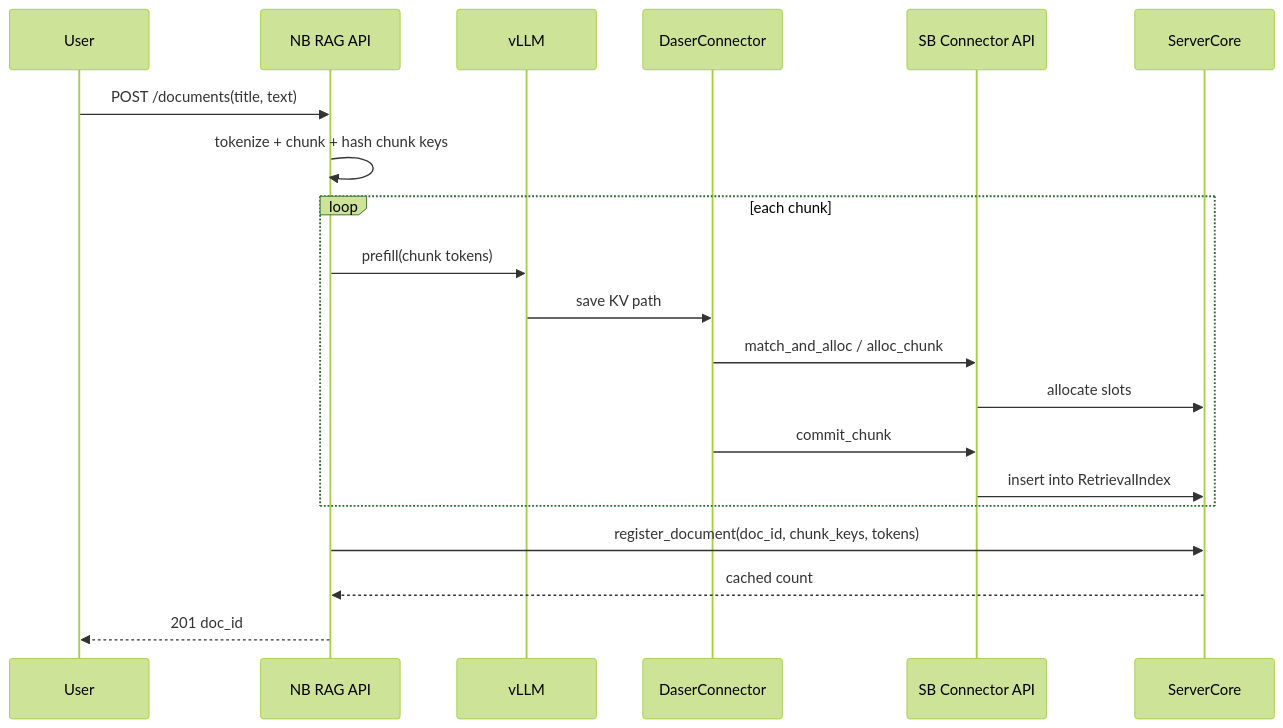
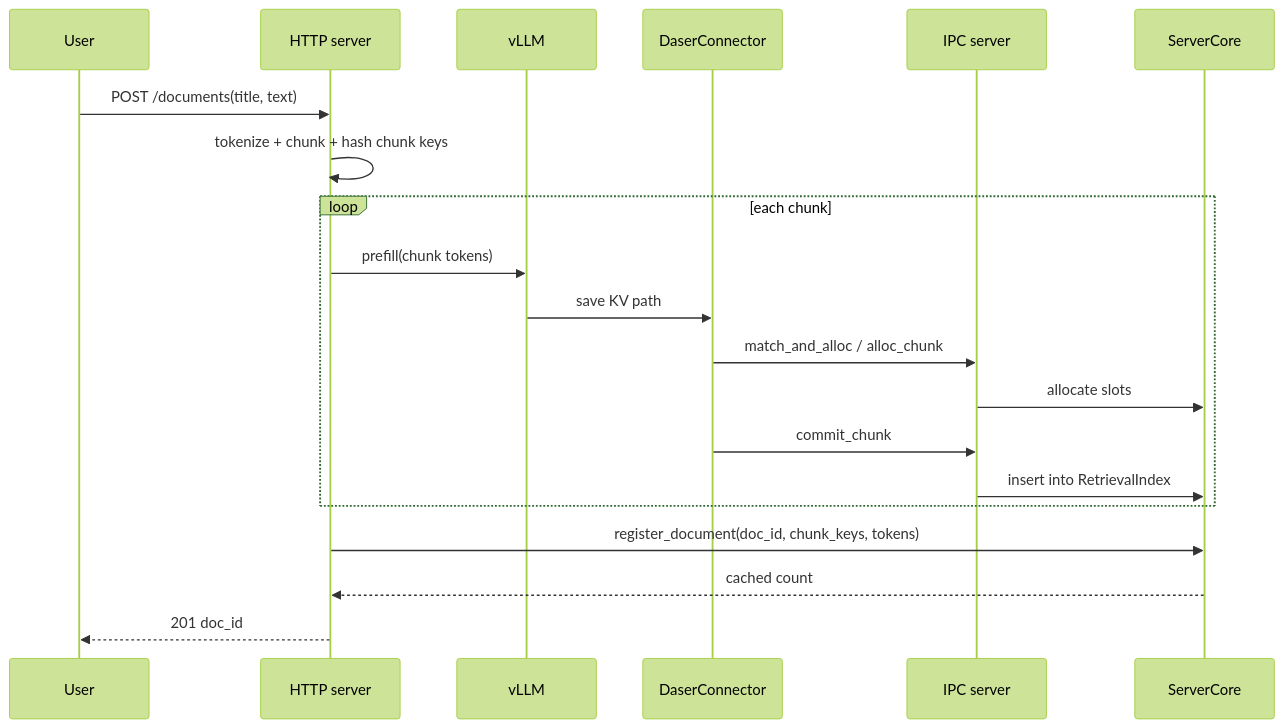
Before and after one commit to GentleCold/DaseR: the second of 3 diagrams in docs/design/serve.md, drawn with Mermaid (forest theme). The commit also changed other lines of this file and 27 other files, not shown here.

````diff
--- a/docs/design/serve.md
+++ b/docs/design/serve.md
@@ -150,23 +150,23 @@
 ```mermaid
 sequenceDiagram
     participant U as User
-    participant NB as NB RAG API
+    participant HTTP as HTTP server
     participant V as vLLM
     participant DC as DaserConnector
-    participant SB as SB Connector API
+    participant IPC as IPC server
     participant C as ServerCore
 
-    U->>NB: POST /documents(title, text)
-    NB->>NB: tokenize + chunk + hash chunk keys
+    U->>HTTP: POST /documents(title, text)
+    HTTP->>HTTP: tokenize + chunk + hash chunk keys
     loop each chunk
-        NB->>V: prefill(chunk tokens)
+        HTTP->>V: prefill(chunk tokens)
         V->>DC: save KV path
-        DC->>SB: match_and_alloc / alloc_chunk
-        SB->>C: allocate slots
-        DC->>SB: commit_chunk
-        SB->>C: insert into RetrievalIndex
+        DC->>IPC: match_and_alloc / alloc_chunk
+        IPC->>C: allocate slots
+        DC->>IPC: commit_chunk
+        IPC->>C: insert into RetrievalIndex
     end
-    NB->>C: register_document(doc_id, chunk_keys, tokens)
-    C-->>NB: cached count
-    NB-->>U: 201 doc_id
+    HTTP->>C: register_document(doc_id, chunk_keys, tokens)
+    C-->>HTTP: cached count
+    HTTP-->>U: 201 doc_id
 ```
````
